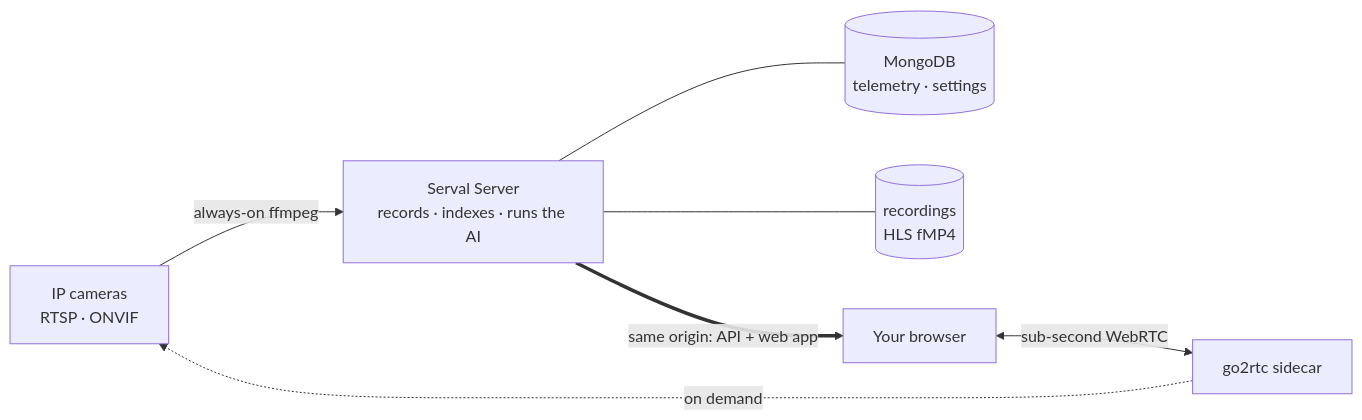
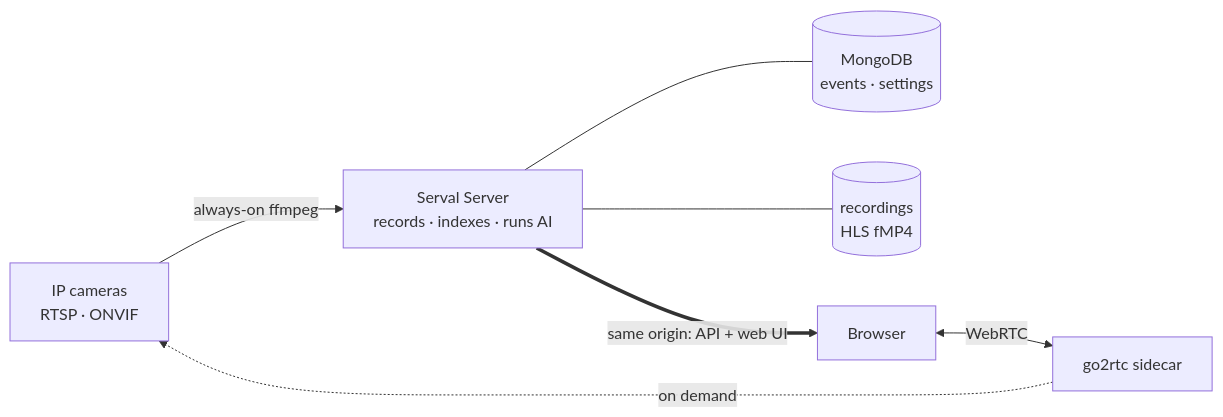
Before and after one commit to Flickersoft/serval: the diagram in README.md, drawn with Mermaid. The commit also changed other lines of this file and 28 other files, not shown here.

````diff
--- a/README.md
+++ b/README.md
@@ -197,9 +206,9 @@
 ```mermaid
 flowchart LR
-    CAM["IP cameras<br/>RTSP · ONVIF"] -->|always-on ffmpeg| SRV["Serval Server<br/>records · indexes · runs the AI"]
-    SRV --- META[("MongoDB<br/>telemetry · settings")]
+    CAM["IP cameras<br/>RTSP · ONVIF"] -->|always-on ffmpeg| SRV["Serval Server<br/>records · indexes · runs AI"]
+    SRV --- META[("MongoDB<br/>events · settings")]
     SRV --- REC[("recordings<br/>HLS fMP4")]
-    SRV ==>|"same origin: API + web app"| APP["Your browser"]
-    APP <-->|sub-second WebRTC| G2["go2rtc sidecar"]
+    SRV ==>|"same origin: API + web UI"| APP["Browser"]
+    APP <-->|WebRTC| G2["go2rtc sidecar"]
     G2 -.->|on demand| CAM
 ```
````
